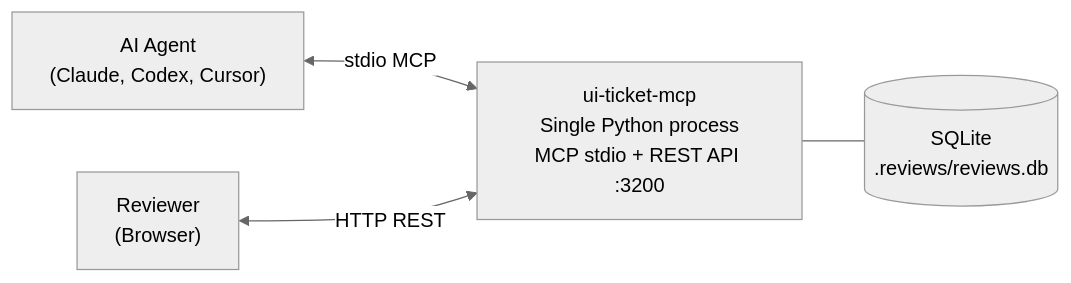
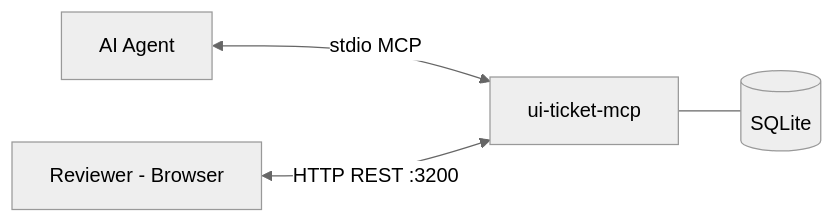
One commit to 0ics-srls/ui-ticket-mcp_public changed the second of 3 diagrams in README.md. Above: the diagram before and after it, drawn with Mermaid (neutral theme). The commit also changed other lines of this file, not shown here.

Commit message:
fix diagrams

````diff
--- a/README.md
+++ b/README.md
@@ -158,11 +157,11 @@
 ```mermaid
 graph LR
-    Agent["AI Agent\n(Claude, Codex, Cursor)"]
-    Browser["Reviewer\n(Browser)"]
-    Server["ui-ticket-mcp\nSingle Python process\nMCP stdio + REST API :3200"]
-    DB[("SQLite\n.reviews/reviews.db")]
+    Agent[AI Agent]
+    Browser[Reviewer - Browser]
+    Server[ui-ticket-mcp]
+    DB[(SQLite)]
 
     Agent <-->|stdio MCP| Server
-    Browser <-->|HTTP REST| Server
+    Browser <-->|HTTP REST :3200| Server
     Server --- DB
 ```
````
